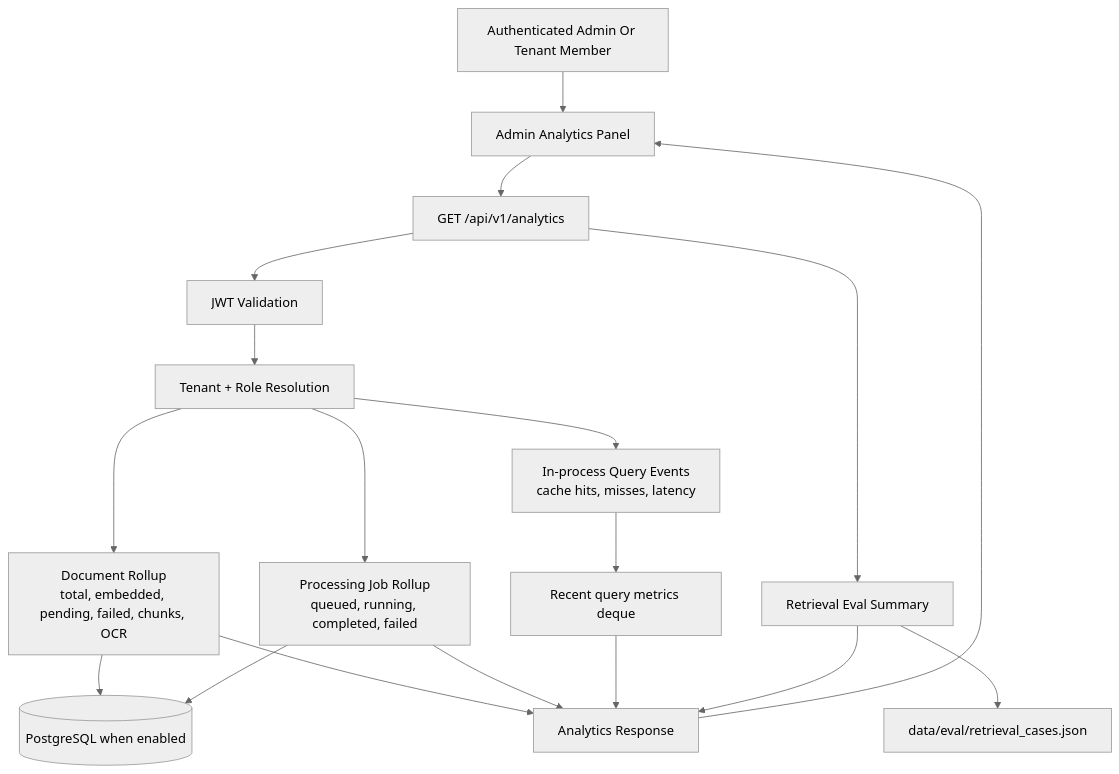
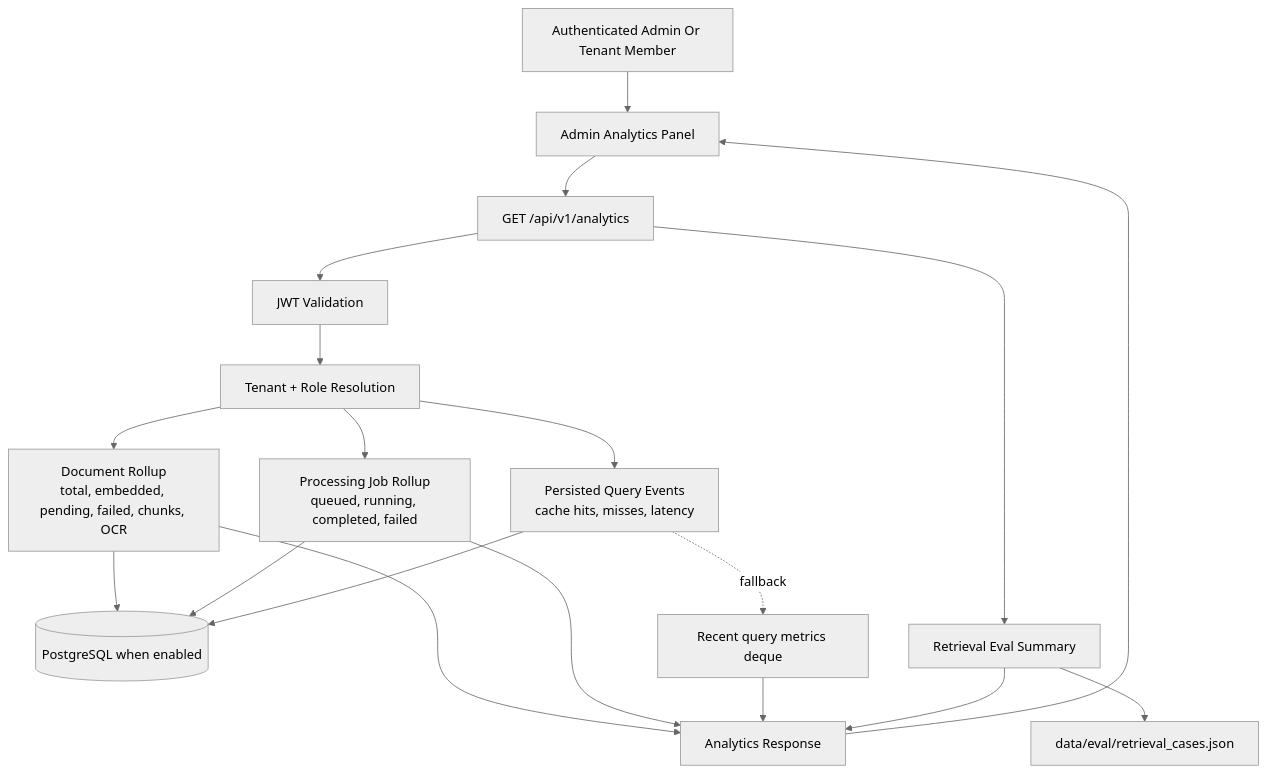
The fifth of 10 diagrams in docs/flow-diagrams.md (lnrdwarampudis-git/rag-saas-docs-ingestion-poc), drawn with Mermaid (neutral theme) before and after one commit. The commit also changed 6 other files, not shown here.

Commit message:
Persist query analytics events

````diff
--- a/docs/flow-diagrams.md
+++ b/docs/flow-diagrams.md
@@ -117,20 +117,21 @@
 ```mermaid
 flowchart TD
   admin["Authenticated Admin Or Tenant Member"] --> ui["Admin Analytics Panel"]
   ui --> api["GET /api/v1/analytics"]
   api --> auth["JWT Validation"]
   auth --> rbac["Tenant + Role Resolution"]
   rbac --> docs["Document Rollup<br/>total, embedded, pending, failed, chunks, OCR"]
   rbac --> jobs["Processing Job Rollup<br/>queued, running, completed, failed"]
-  rbac --> queryEvents["In-process Query Events<br/>cache hits, misses, latency"]
+  rbac --> queryEvents["Persisted Query Events<br/>cache hits, misses, latency"]
   docs --> db[("PostgreSQL when enabled")]
   jobs --> db
-  queryEvents --> cache["Recent query metrics deque"]
+  queryEvents --> db
+  queryEvents -. fallback .-> cache["Recent query metrics deque"]
   api --> eval["Retrieval Eval Summary"]
   eval --> dataset["data/eval/retrieval_cases.json"]
   docs --> response["Analytics Response"]
   jobs --> response
   cache --> response
   eval --> response
   response --> ui
 ```
````
